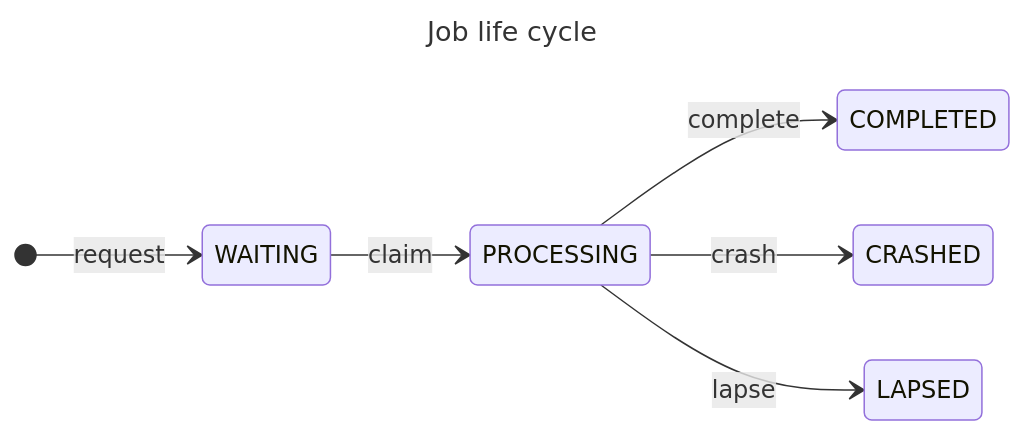
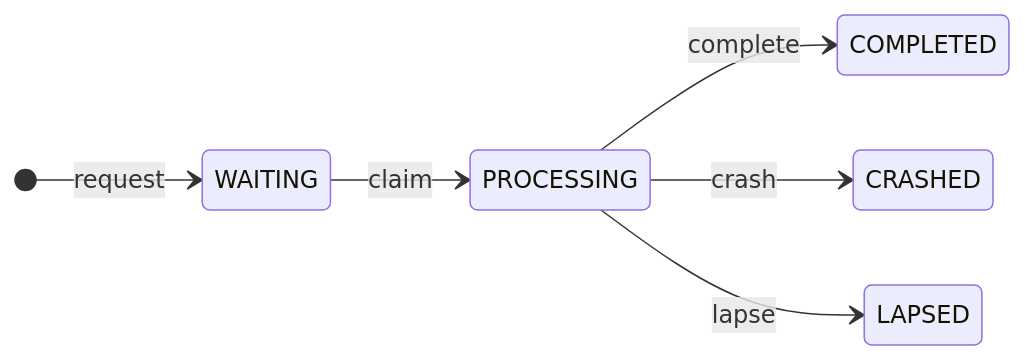
The third of 3 diagrams in docs/Terminology.md (mattias-p/zonemaster-backend), drawn with Mermaid before and after one commit. The commit also changed other lines of this file, not shown here.

````diff
--- a/docs/Terminology.md
+++ b/docs/Terminology.md
@@ -99,13 +92,10 @@
 ```mermaid
----
-title: Job life cycle
----
 stateDiagram-v2
 direction LR
 
 [*] --> WAITING: request
 WAITING --> PROCESSING: claim
 PROCESSING --> COMPLETED: complete
 PROCESSING --> CRASHED: crash
 PROCESSING --> LAPSED: lapse
 ```
````
